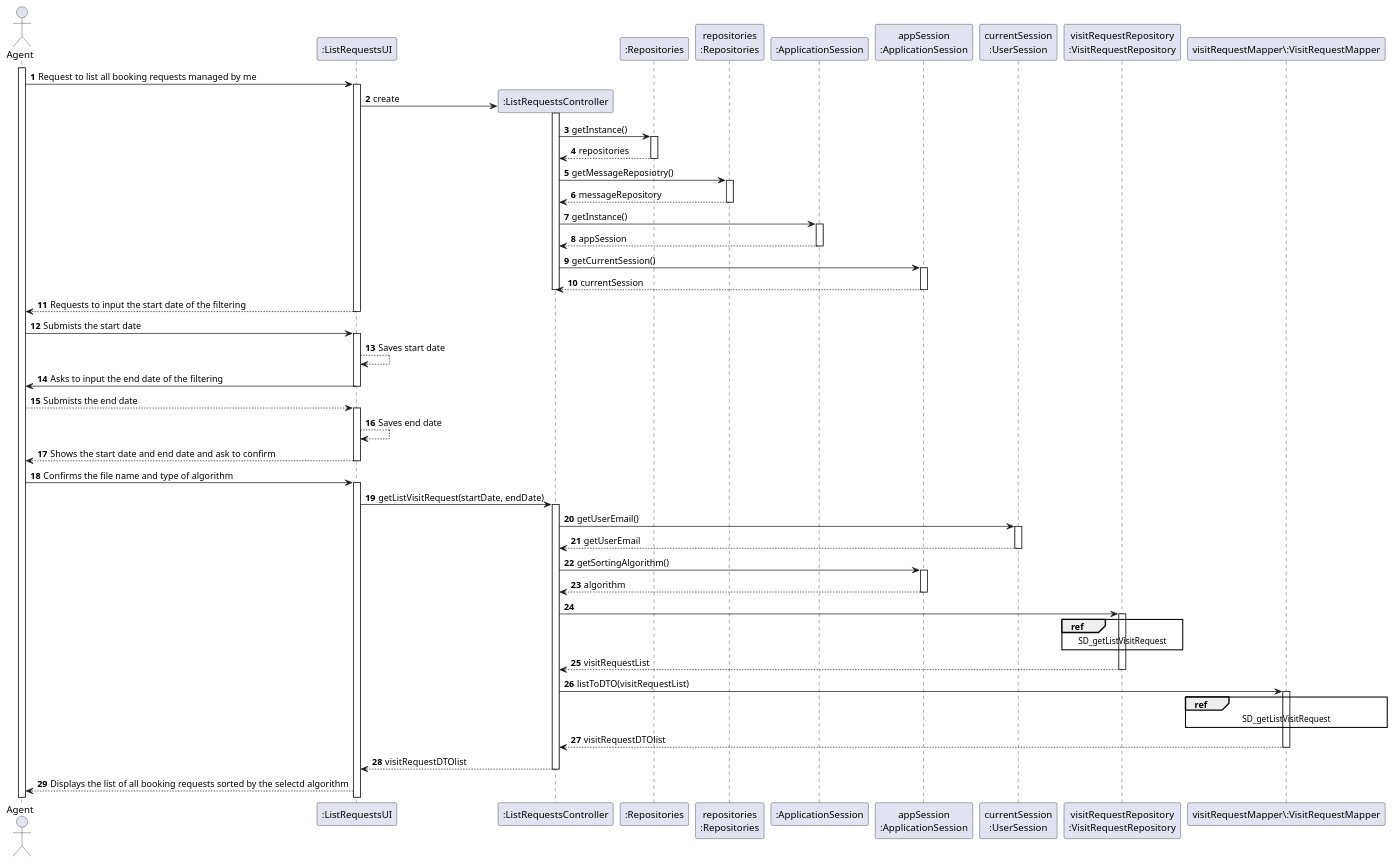
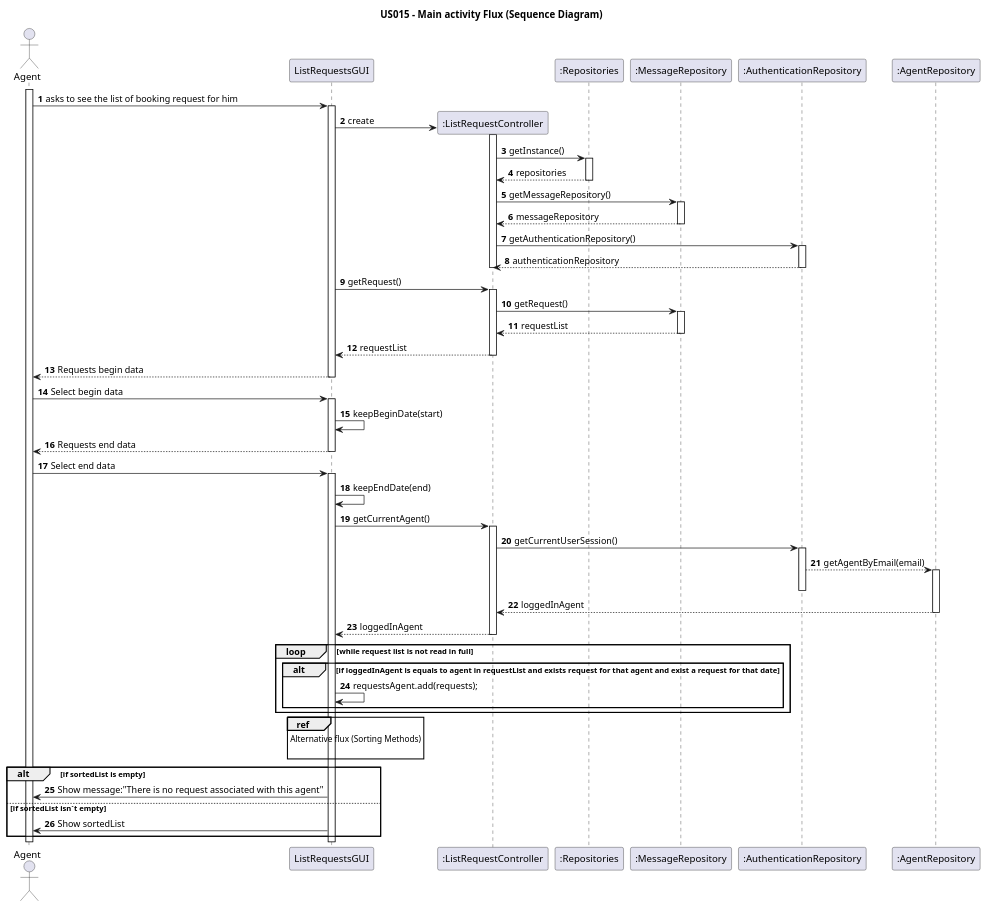
Before and after one commit to 1220812/LAPR2: the diagram in docs/sprintD/us015/03.design/puml/us015-sequence-diagram-full.puml, drawn with PlantUML. The commit also changed 9 other files, not shown here.

```diff
--- a/docs/sprintD/us015/03.design/puml/us015-sequence-diagram-full.puml
+++ b/docs/sprintD/us015/03.design/puml/us015-sequence-diagram-full.puml
@@ -1,111 +1,109 @@
 @startuml
 autonumber
 actor "Agent" as AGENT
-participant ":ListRequestsUI" as UI
-participant ":ListRequestsController" as CTRL
+participant "ListRequestsGUI" as UI
+participant ":ListRequestController" as CTRL
 participant ":Repositories" as REPO
-participant "repositories\n:Repositories" as PLAT
-participant ":ApplicationSession" as APP
-participant "appSession\n:ApplicationSession" as APPSESSION
-participant "currentSession\n:UserSession" as USER
-participant "visitRequestRepository\n:VisitRequestRepository" as VISITREPO
-participant "visitRequestMapper\:VisitRequestMapper" as MAPPER
+participant ":MessageRepository" as REQREPO
+participant ":AuthenticationRepository" as AUTHREPO
+participant ":AgentRepository" as AGENTREPO
+
+title "US015 - Main activity Flux (Sequence Diagram)"
+
+
 
 activate AGENT
 
-AGENT -> UI : Request to list all booking requests managed by me
-activate UI
+    AGENT -> UI : asks to see the list of booking request for him
+    activate UI
+    UI-> CTRL**: create
+    activate CTRL
 
-UI -> CTRL** : create
-activate CTRL
+    CTRL -> REPO : getInstance()
+    activate REPO
 
-CTRL -> REPO : getInstance()
-activate REPO
+    REPO--> CTRL: repositories
+    deactivate REPO
 
-REPO --> CTRL : repositories
-deactivate REPO
+    CTRL -> REQREPO : getMessageRepository()
+    activate REQREPO
 
-CTRL -> PLAT : getMessageReposiotry()
-activate PLAT
+    REQREPO --> CTRL : messageRepository
+    deactivate REQREPO
 
-PLAT --> CTRL : messageRepository
-deactivate PLAT
-CTRL -> APP : getInstance()
-activate APP
+    CTRL -> AUTHREPO : getAuthenticationRepository()
+    activate AUTHREPO
 
-APP --> CTRL :appSession
-deactivate APP
+    AUTHREPO --> CTRL : authenticationRepository
+    deactivate AUTHREPO
 
-CTRL -> APPSESSION : getCurrentSession()
-activate APPSESSION
+    deactivate CTRL
+     UI -> CTRL : getRequest()
+       activate CTRL
 
-APPSESSION --> CTRL : currentSession
-deactivate CTRL
-deactivate APPSESSION
+       CTRL -> REQREPO : getRequest()
+       activate REQREPO
 
-UI --> AGENT : Requests to input the start date of the filtering
-deactivate UI
+       REQREPO --> CTRL : requestList
+       deactivate REQREPO
 
-AGENT -> UI : Submists the start date
-activate UI
+       CTRL --> UI : requestList
+       deactivate CTRL
 
-UI --> UI : Saves start date
-
-UI -> AGENT : Asks to input the end date of the filtering
-deactivate UI
-
-AGENT --> UI: Submists the end date
-activate UI
-UI --> UI : Saves end date
-
-UI --> AGENT : Shows the start date and end date and ask to confirm
-deactivate UI
-
-AGENT -> UI : Confirms the file name and type of algorithm
-activate UI
-
-UI -> CTRL : getListVisitRequest(startDate, endDate)
-activate CTRL
-
-CTRL -> USER: getUserEmail()
-activate USER
-
-USER --> CTRL: getUserEmail
-deactivate USER
-
-CTRL -> APPSESSION : getSortingAlgorithm()
-activate APPSESSION
-
-APPSESSION --> CTRL : algorithm
-deactivate APPSESSION
-
-CTRL -> VISITREPO
-activate VISITREPO
-
-ref over VISITREPO
-SD_getListVisitRequest
-end
-
-VISITREPO --> CTRL : visitRequestList
-deactivate VISITREPO
-
-CTRL -> MAPPER : listToDTO(visitRequestList)
-activate MAPPER
-
-ref over MAPPER
-SD_getListVisitRequest
-end
-
-MAPPER --> CTRL: visitRequestDTOlist
-deactivate MAPPER
-
-CTRL --> UI : visitRequestDTOlist
-deactivate CTRL
-
-UI --> AGENT : Displays the list of all booking requests sorted by the selectd algorithm
+    UI --> AGENT : Requests begin data
+    deactivate UI
 
 
+    AGENT -> UI : Select begin data
+    activate UI
+
+    UI -> UI : keepBeginDate(start)
+
+    UI --> AGENT : Requests end data
+    deactivate UI
+
+    AGENT -> UI : Select end data
+    activate UI
+
+    UI -> UI : keepEndDate(end)
+
+   UI -> CTRL : getCurrentAgent()
+   activate CTRL
+
+   CTRL -> AUTHREPO : getCurrentUserSession()
+   activate AUTHREPO
+
+   AUTHREPO --> AGENTREPO :getAgentByEmail(email)
+   activate AGENTREPO
+
+   deactivate AUTHREPO
+
+   AGENTREPO --> CTRL : loggedInAgent
+   deactivate AGENTREPO
 
 
+   CTRL --> UI : loggedInAgent
+   deactivate CTRL
+
+   loop while request list is not read in full
+   alt if loggedInAgent is equals to agent in requestList and exists request for that agent and exist a request for that date
+
+   UI -> UI : requestsAgent.add(requests);
+
+   end
+
+   end
+      ref over UI
+   Alternative flux (Sorting Methods)
+
+   end ref
+
+   alt if sortedList is empty
+   UI -> AGENT : Show message:"There is no request associated with this agent"
+
+
+   else if sortedList isn´t empty
+   UI -> AGENT : Show sortedList
+   end
 
 @enduml
```
